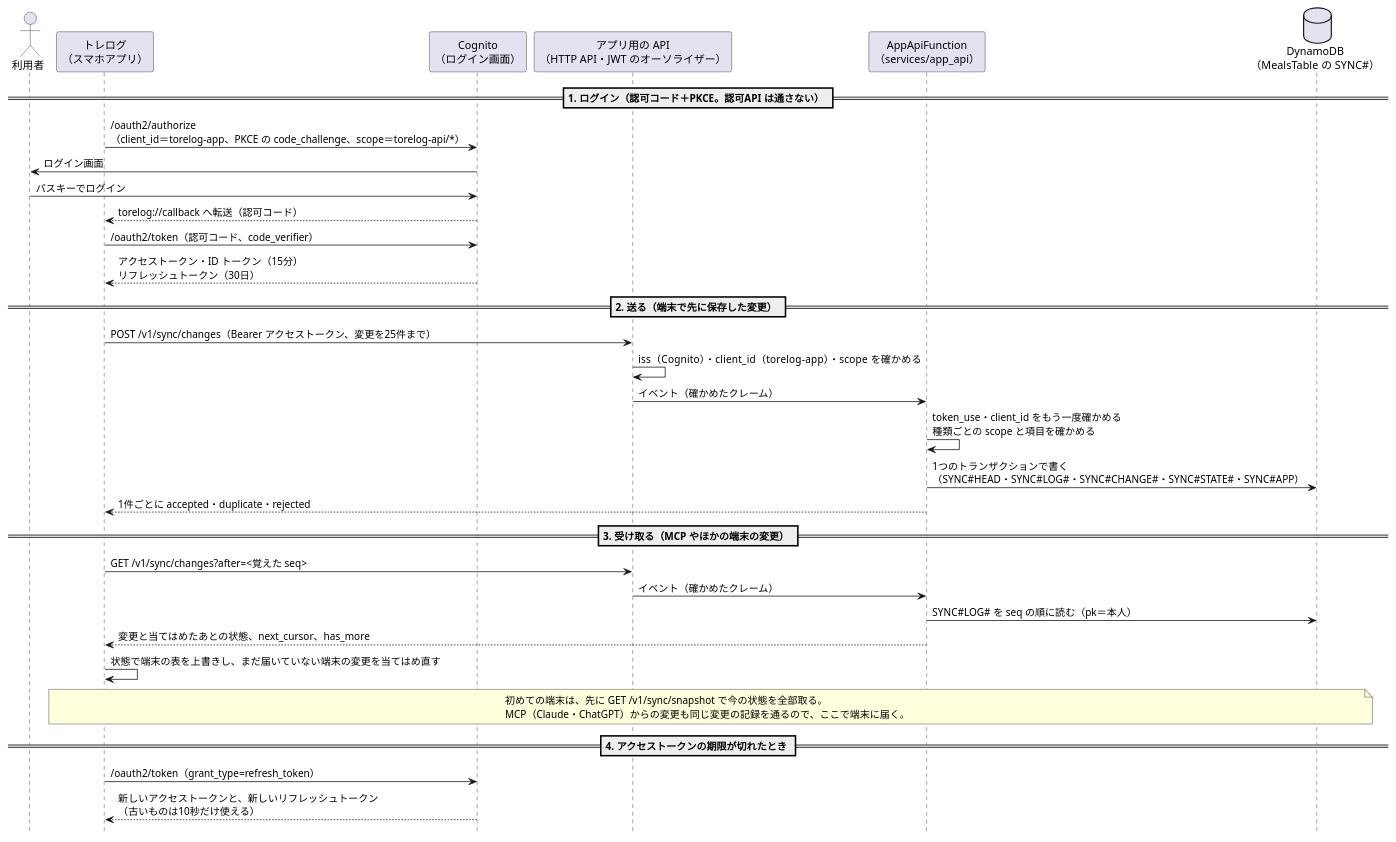
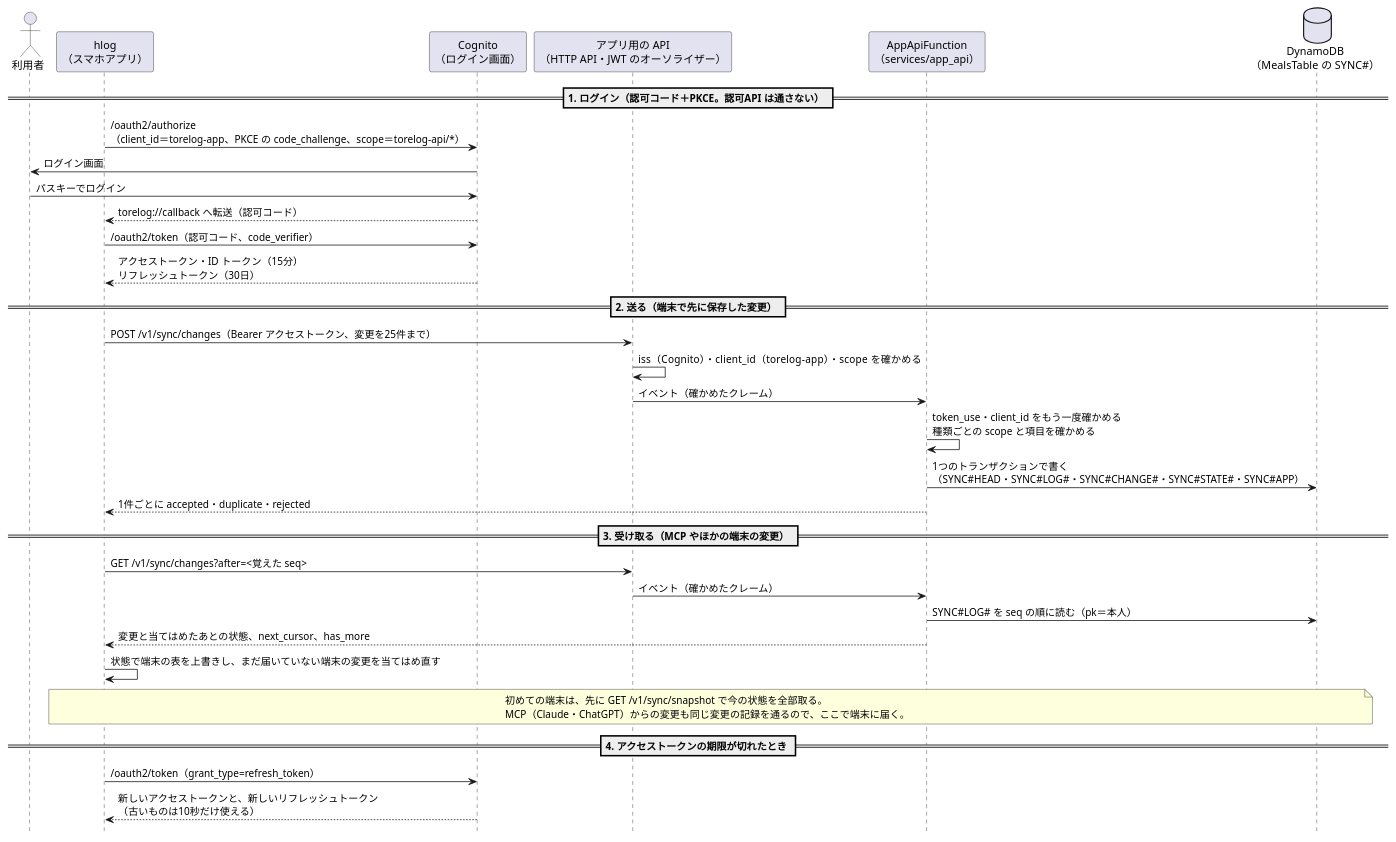
The diagram in docs/sequence-app.puml (ykitaza/health-log), drawn with PlantUML before and after one commit. The commit also changed 12 other files, not shown here.

```diff
--- a/docs/sequence-app.puml
+++ b/docs/sequence-app.puml
@@ -1,46 +1,46 @@
 @startuml sequence-app
 skinparam defaultFontName "Hiragino Sans"
 skinparam shadowing false
 skinparam sequenceMessageAlign left
 skinparam BoxPadding 8
 hide footbox
 
 actor "利用者" as User
-participant "トレログ\n（スマホアプリ）" as App
+participant "hlog\n（スマホアプリ）" as App
 participant "Cognito\n（ログイン画面）" as Cognito
 participant "アプリ用の API\n（HTTP API・JWT のオーソライザー）" as Api
 participant "AppApiFunction\n（services/app_api）" as Fn
 database "DynamoDB\n（MealsTable の SYNC#）" as DB
 
 == 1. ログイン（認可コード＋PKCE。認可API は通さない） ==
 App -> Cognito : /oauth2/authorize\n（client_id＝torelog-app、PKCE の code_challenge、scope＝torelog-api/*）
 Cognito -> User : ログイン画面
 User -> Cognito : パスキーでログイン
 Cognito --> App : torelog://callback へ転送（認可コード）
 App -> Cognito : /oauth2/token（認可コード、code_verifier）
 Cognito --> App : アクセストークン・ID トークン（15分）\nリフレッシュトークン（30日）
 
 == 2. 送る（端末で先に保存した変更） ==
 App -> Api : POST /v1/sync/changes（Bearer アクセストークン、変更を25件まで）
 Api -> Api : iss（Cognito）・client_id（torelog-app）・scope を確かめる
 Api -> Fn : イベント（確かめたクレーム）
 Fn -> Fn : token_use・client_id をもう一度確かめる\n種類ごとの scope と項目を確かめる
 Fn -> DB : 1つのトランザクションで書く\n（SYNC#HEAD・SYNC#LOG#・SYNC#CHANGE#・SYNC#STATE#・SYNC#APP）
 Fn --> App : 1件ごとに accepted・duplicate・rejected
 
 == 3. 受け取る（MCP やほかの端末の変更） ==
 App -> Api : GET /v1/sync/changes?after=<覚えた seq>
 Api -> Fn : イベント（確かめたクレーム）
 Fn -> DB : SYNC#LOG# を seq の順に読む（pk＝本人）
 Fn --> App : 変更と当てはめたあとの状態、next_cursor、has_more
 App -> App : 状態で端末の表を上書きし、まだ届いていない端末の変更を当てはめ直す
 
 note over App, DB
 初めての端末は、先に GET /v1/sync/snapshot で今の状態を全部取る。
 MCP（Claude・ChatGPT）からの変更も同じ変更の記録を通るので、ここで端末に届く。
 end note
 
 == 4. アクセストークンの期限が切れたとき ==
 App -> Cognito : /oauth2/token（grant_type=refresh_token）
 Cognito --> App : 新しいアクセストークンと、新しいリフレッシュトークン\n（古いものは10秒だけ使える）
 @enduml
```
